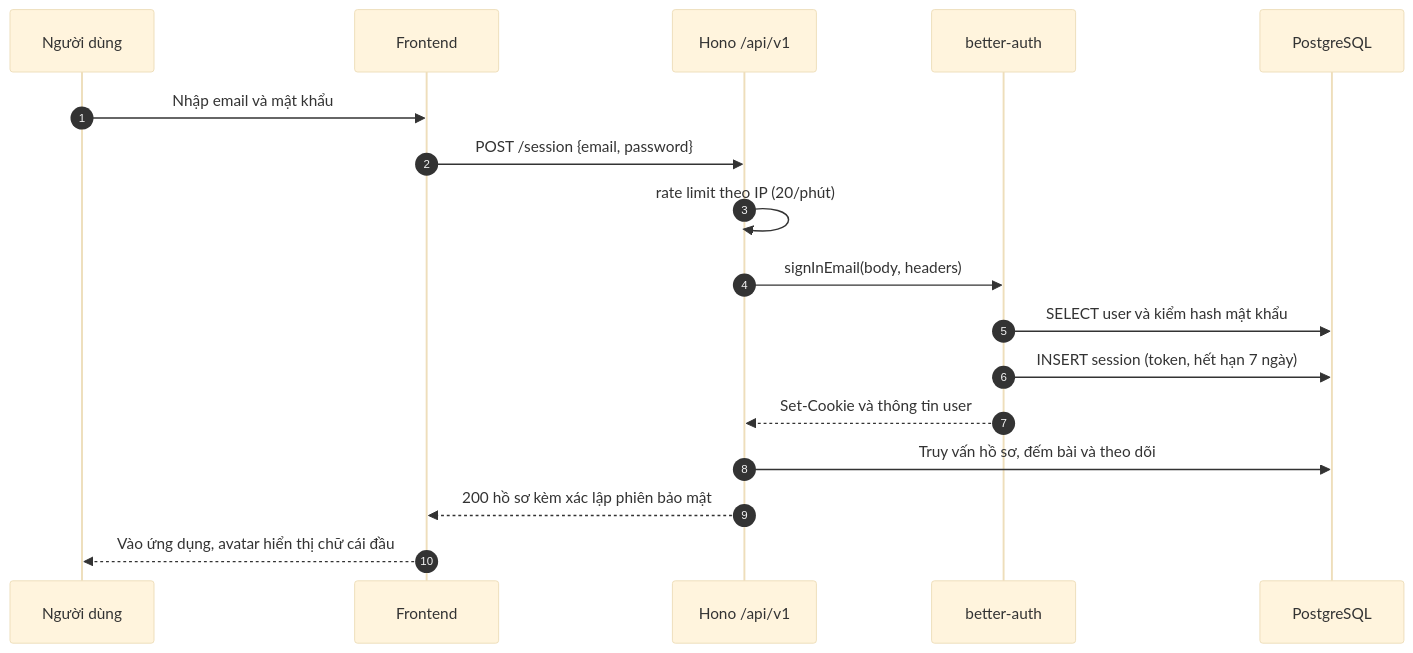
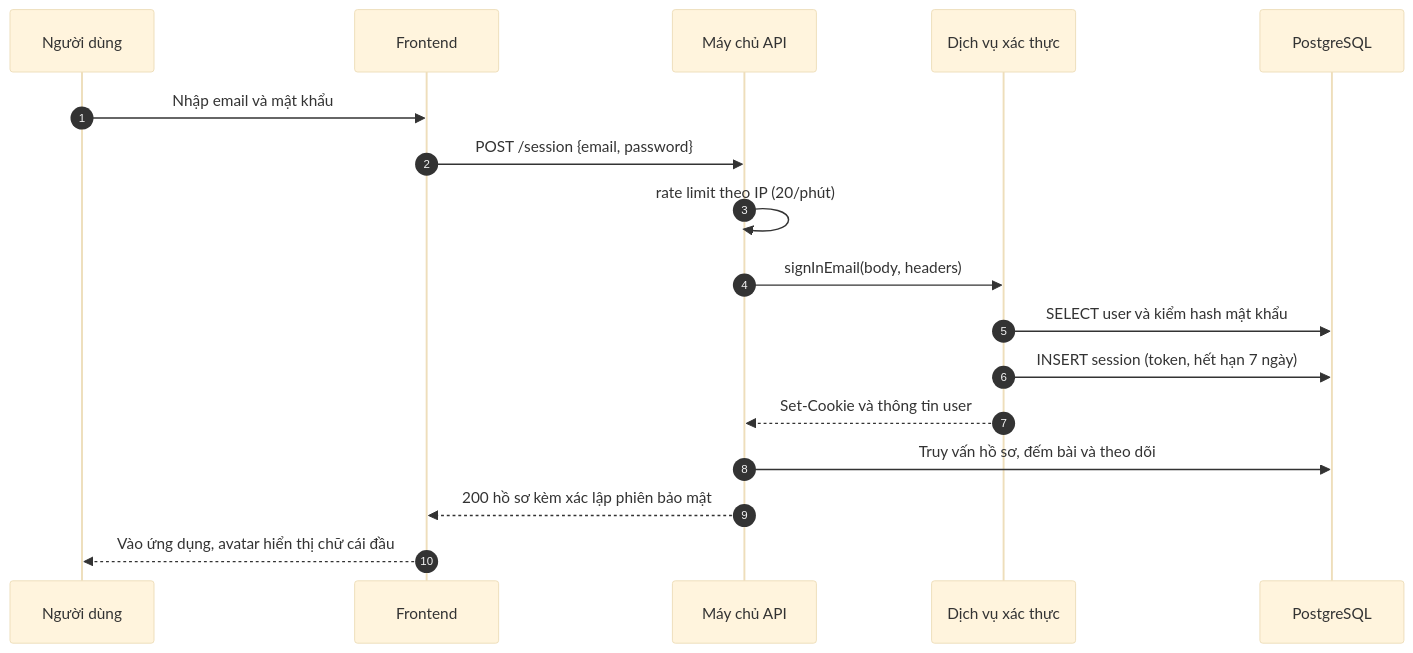
Before and after one commit to longqt321/Rendez-PBL6: the seventh of 14 diagrams in docs/bao-cao/BAO-CAO-DO-AN.md, drawn with Mermaid (base theme). The commit also changed other lines of this file, not shown here.

Commit message:
docs: transform technology catalog into rigorous architectural trade-off analysis

````diff
--- a/docs/bao-cao/BAO-CAO-DO-AN.md
+++ b/docs/bao-cao/BAO-CAO-DO-AN.md
@@ -503,20 +505,20 @@
 ```mermaid
 sequenceDiagram
   autonumber
   participant U as Người dùng
   participant FE as Frontend
-  participant API as Hono /api/v1
-  participant BA as better-auth
+  participant API as Máy chủ API
+  participant BA as Dịch vụ xác thực
   participant DB as PostgreSQL
 
   U->>FE: Nhập email và mật khẩu
   FE->>API: POST /session {email, password}
   API->>API: rate limit theo IP (20/phút)
   API->>BA: signInEmail(body, headers)
   BA->>DB: SELECT user và kiểm hash mật khẩu
   BA->>DB: INSERT session (token, hết hạn 7 ngày)
   BA-->>API: Set-Cookie và thông tin user
   API->>DB: Truy vấn hồ sơ, đếm bài và theo dõi
   API-->>FE: 200 hồ sơ kèm xác lập phiên bảo mật
   FE-->>U: Vào ứng dụng, avatar hiển thị chữ cái đầu
 ```
````
